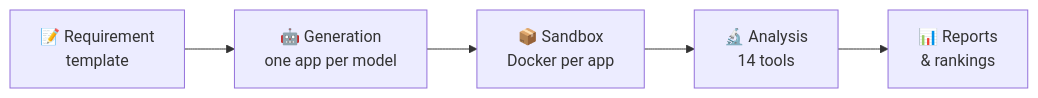
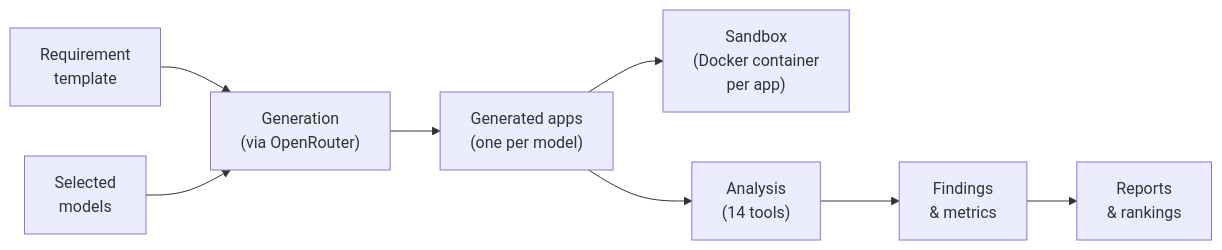
Before and after one commit to GrabowMar/AutoLLM_Code_Analyzer_rework: the diagram in README.md, drawn with Mermaid. The commit also changed other lines of this file and 3 other files, not shown here.

````diff
--- a/README.md
+++ b/README.md
@@ -89,12 +29,10 @@
 ```mermaid
 flowchart LR
-    T["📝 Requirement
-    template"] --> G["🤖 Generation
-    one app per model"]
-    G --> S["📦 Sandbox
-    Docker per app"]
-    S --> A["🔬 Analysis
-    14 tools"]
-    A --> R["📊 Reports
-    & rankings"]
+    T["Requirement<br>template"] --> G
+    M["Selected<br>models"] --> G
+    G["Generation<br>(via OpenRouter)"] --> APPS["Generated apps<br>(one per model)"]
+    APPS --> S["Sandbox<br>(Docker container<br>per app)"]
+    APPS --> A["Analysis<br>(14 tools)"]
+    A --> F["Findings<br>& metrics"]
+    F --> R["Reports<br>& rankings"]
 ```
````
